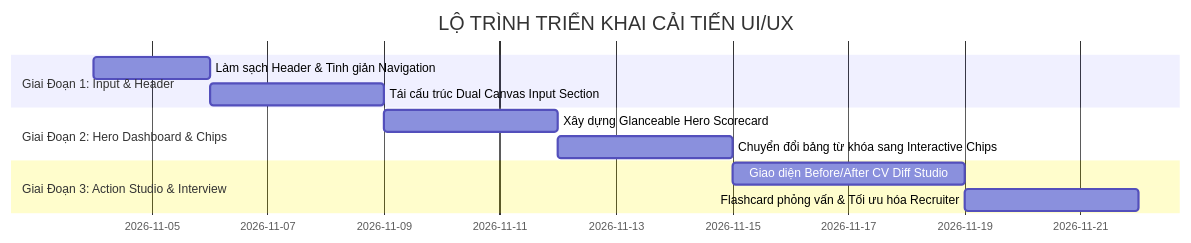
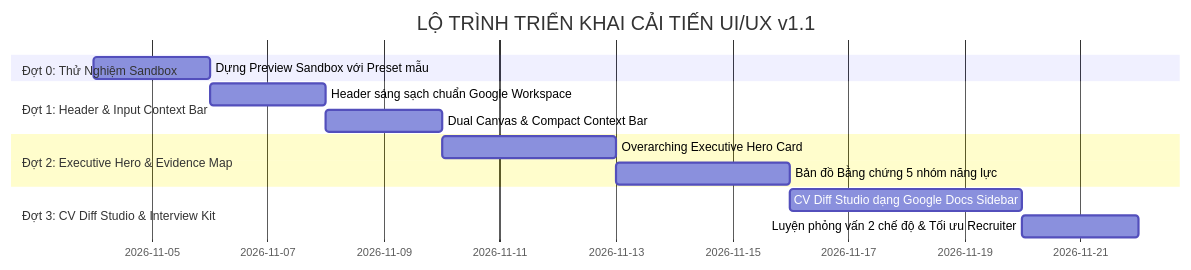
Before and after one commit to vutch86-cmyk/rolematch2: the second of 2 diagrams in docs/UI_UX_IMPLEMENTATION_PLAN.md, drawn with Mermaid. The commit also changed other lines of this file, not shown here.

````diff
--- a/docs/UI_UX_IMPLEMENTATION_PLAN.md
+++ b/docs/UI_UX_IMPLEMENTATION_PLAN.md
@@ -148,14 +164,16 @@
 ```mermaid
 gantt
-    title LỘ TRÌNH TRIỂN KHAI CẢI TIẾN UI/UX
+    title LỘ TRÌNH TRIỂN KHAI CẢI TIẾN UI/UX v1.1
     dateFormat  YYYY-MM-DD
-    section Giai Đoạn 1: Input & Header
-    Làm sạch Header & Tinh giản Navigation     :p1_1, 2026-11-04, 2d
-    Tái cấu trúc Dual Canvas Input Section    :p1_2, after p1_1, 3d
-    section Giai Đoạn 2: Hero Dashboard & Chips
-    Xây dựng Glanceable Hero Scorecard        :p2_1, after p1_2, 3d
-    Chuyển đổi bảng từ khóa sang Interactive Chips :p2_2, after p2_1, 3d
-    section Giai Đoạn 3: Action Studio & Interview
-    Giao diện Before/After CV Diff Studio     :p3_1, after p2_2, 4d
-    Flashcard phỏng vấn & Tối ưu hóa Recruiter:p3_2, after p3_1, 3d
+    section Đợt 0: Thử Nghiệm Sandbox
+    Dựng Preview Sandbox với Preset mẫu        :p0, 2026-11-04, 2d
+    section Đợt 1: Header & Input Context Bar
+    Header sáng sạch chuẩn Google Workspace    :p1_1, after p0, 2d
+    Dual Canvas & Compact Context Bar          :p1_2, after p1_1, 2d
+    section Đợt 2: Executive Hero & Evidence Map
+    Overarching Executive Hero Card            :p2_1, after p1_2, 3d
+    Bản đồ Bằng chứng 5 nhóm năng lực          :p2_2, after p2_1, 3d
+    section Đợt 3: CV Diff Studio & Interview Kit
+    CV Diff Studio dạng Google Docs Sidebar    :p3_1, after p2_2, 4d
+    Luyện phỏng vấn 2 chế độ & Tối ưu Recruiter:p3_2, after p3_1, 2d
 ```
````
